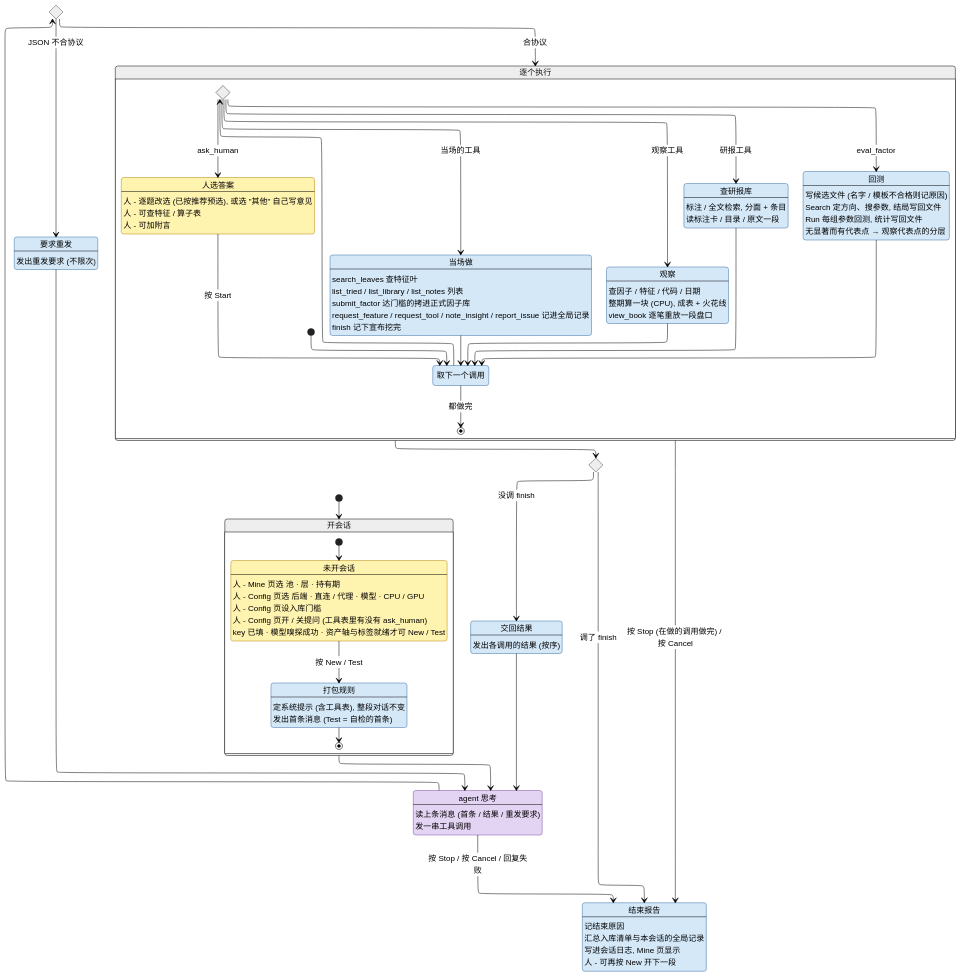
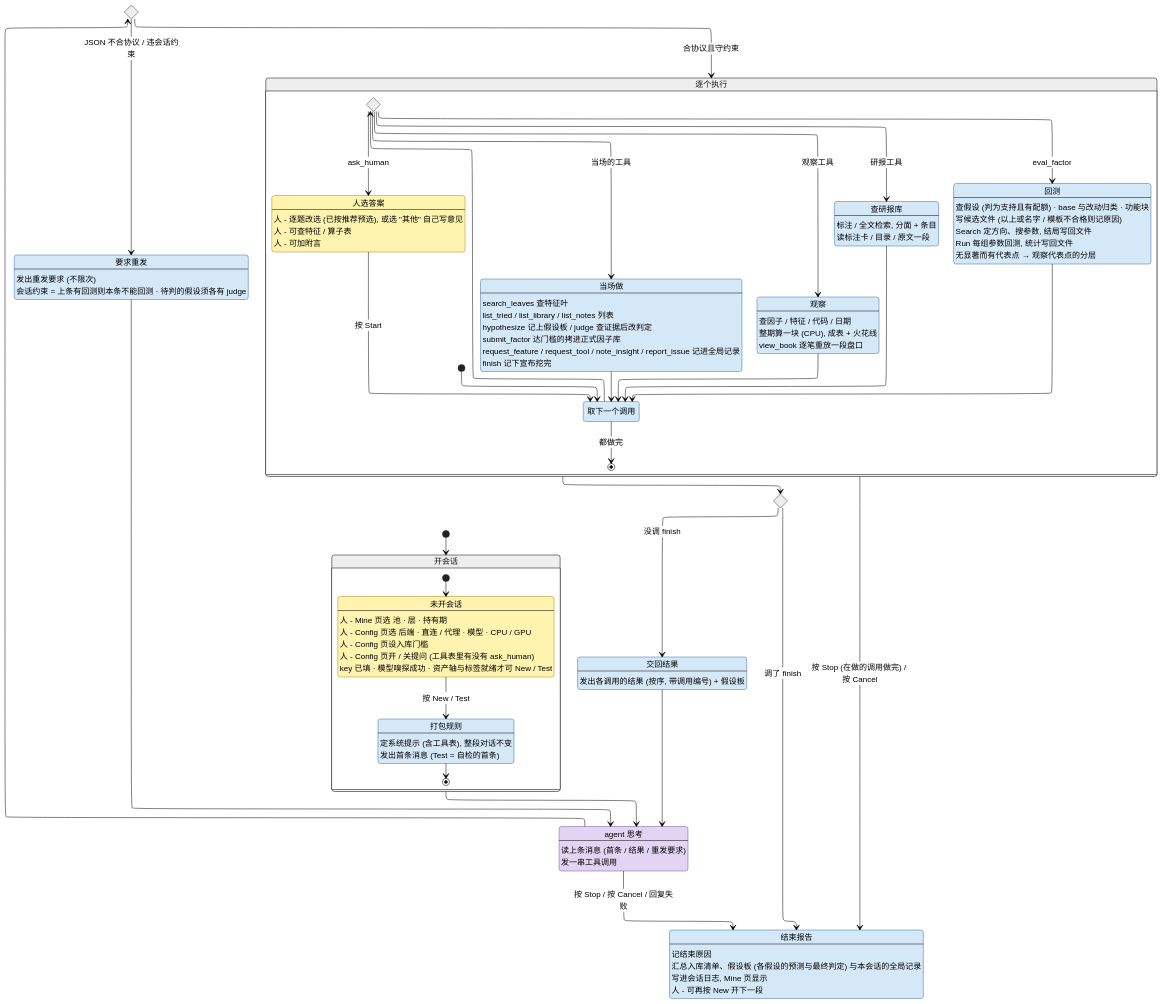
One commit to CoCoMilkyWay/stk changed the diagram in AGENT.md. Above: the diagram before and after it, drawn with Mermaid (neutral theme). The commit also changed other lines of this file and 21 other files, not shown here.

```diff
--- a/AGENT.md
+++ b/AGENT.md
@@ -68,6 +72,7 @@
     state Format <<choice>>
     state "要求重发" as Retry
     Retry : 发出重发要求 (不限次)
+    Retry : 会话约束 = 上条有回测则本条不能回测 · 待判的假设须各有 judge
 
     state "逐个执行" as GAct {
         state "取下一个调用" as Next
@@ -75,6 +80,7 @@
         state "当场做" as Now
         Now : search_leaves 查特征叶
         Now : list_tried / list_library / list_notes 列表
+        Now : hypothesize 记上假设板 / judge 查证据后改判定
         Now : submit_factor 达门槛的拷进正式因子库
         Now : request_feature / request_tool / note_insight / report_issue 记进全局记录
         Now : finish 记下宣布挖完
@@ -86,7 +92,8 @@
         Docs : 标注 / 全文检索, 分面 + 条目
         Docs : 读标注卡 / 目录 / 原文一段
         state "回测" as Eval
-        Eval : 写候选文件 (名字 / 模板不合格则记原因)
+        Eval : 查假设 (判为支持且有配额) · base 与改动归类 · 功能块
+        Eval : 写候选文件 (以上或名字 / 模板不合格则记原因)
         Eval : Search 定方向、搜参数, 结局写回文件
         Eval : Run 每组参数回测, 统计写回文件
         Eval : 无显著而有代表点 → 观察代表点的分层
@@ -111,19 +118,19 @@
     }
     state Fin <<choice>>
     state "交回结果" as Round
-    Round : 发出各调用的结果 (按序)
+    Round : 发出各调用的结果 (按序, 带调用编号) + 假设板
 
     state "结束报告" as Report
     Report : 记结束原因
-    Report : 汇总入库清单与本会话的全局记录
+    Report : 汇总入库清单、假设板 (各假设的预测与最终判定) 与本会话的全局记录
     Report : 写进会话日志, Mine 页显示
     Report : 人 - 可再按 New 开下一段
 
     [*] --> GOpen
     GOpen --> Think
     Think --> Format
-    Format --> Retry : JSON 不合协议
-    Format --> GAct : 合协议
+    Format --> Retry : JSON 不合协议 / 违会话约束
+    Format --> GAct : 合协议且守约束
     Retry --> Think
     GAct --> Fin
     Fin --> Round : 没调 finish
```
